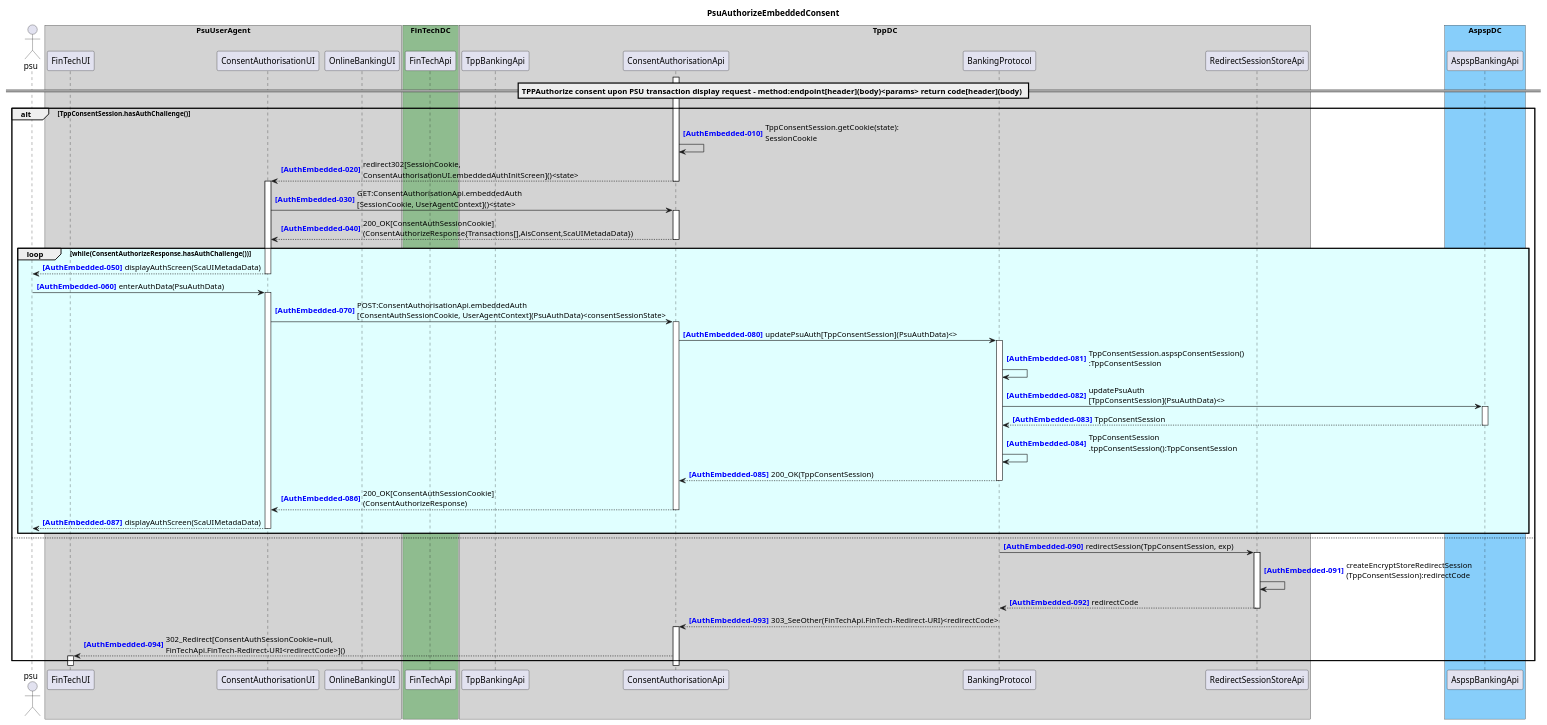
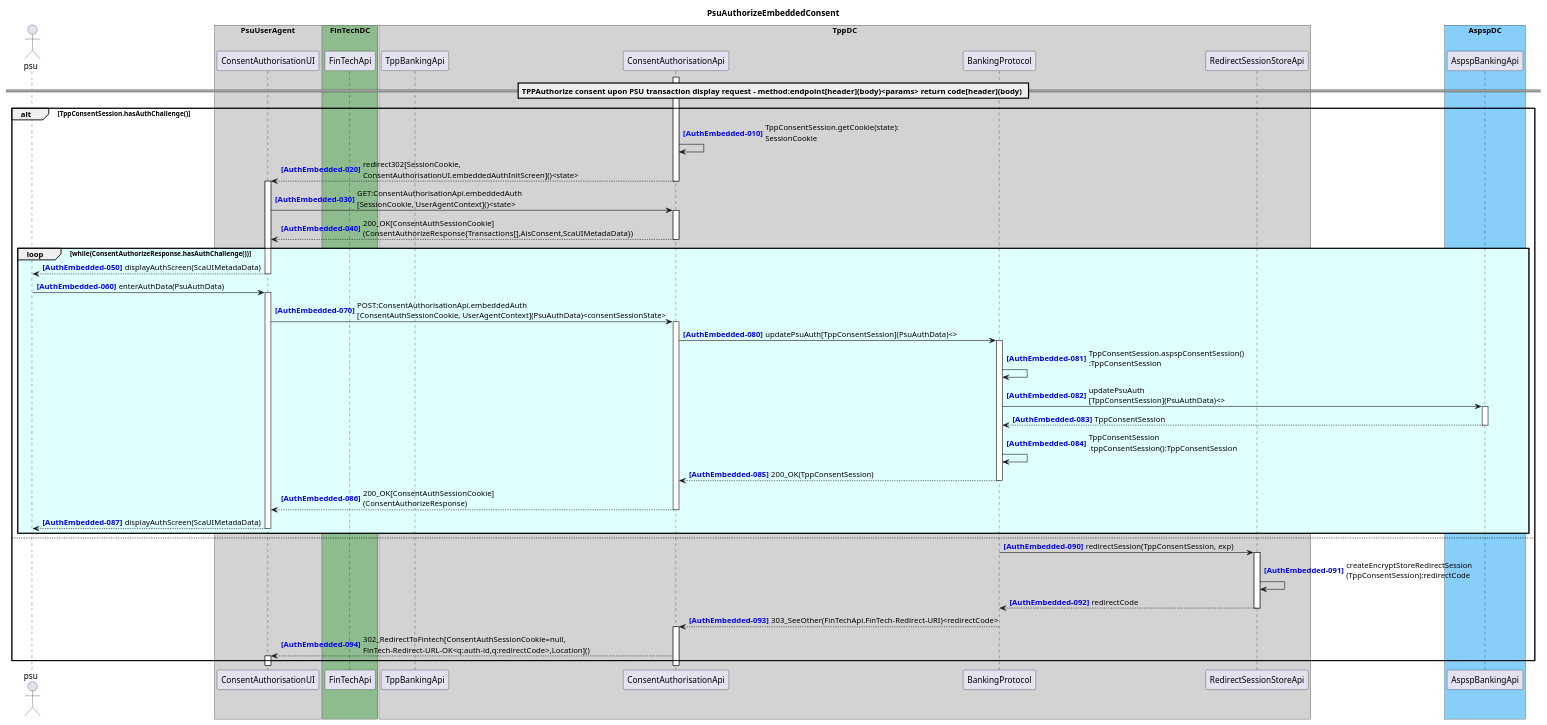
Before and after one commit to adorsys/open-banking-gateway: the diagram in docs/architecture/diagrams/useCases/5a-psuAuthEmbeddedConsent.puml, drawn with PlantUML. The commit also changed 11 other files, not shown here.

```diff
--- a/docs/architecture/diagrams/useCases/5a-psuAuthEmbeddedConsent.puml
+++ b/docs/architecture/diagrams/useCases/5a-psuAuthEmbeddedConsent.puml
@@ -1,59 +1,59 @@
 @startuml
 title PsuAuthorizeEmbeddedConsent
 autonumber 10 10 "<b><color blue>[AuthEmbedded-000]</color></b>"
 actor psu
 
 box "PsuUserAgent" #LightGray
-    participant "FinTechUI" as FinTechUI
+    'participant "FinTechUI" as FinTechUI
     participant "ConsentAuthorisationUI" as ConsentAuthorisationUI
-    participant "OnlineBankingUI" as OnlineBankingUI
+    'participant "OnlineBankingUI" as OnlineBankingUI
 end box
 box "FinTechDC" #DarkSeaGreen
     participant "FinTechApi" as FinTechApi
 end box
 box "TppDC" #LightGray
     participant "TppBankingApi" as TppBankingApi
     'participant "TppBankSearchApi" as TppBankSearchApi
     participant "ConsentAuthorisationApi" as ConsentAuthorisationApi
 
     participant "BankingProtocol" as BankingProtocol
     participant "RedirectSessionStoreApi" as RedirectSessionStoreApi
 end box
 box "AspspDC" #LightSkyBlue
 	participant "AspspBankingApi" as AspspBankingApi
     'participant "OnlineBankingApi" as OnlineBankingApi
 end box
 == TPPAuthorize consent upon PSU transaction display request - method:endpoint[header](body)<params> return code[header](body) ==
 activate ConsentAuthorisationApi
 alt TppConsentSession.hasAuthChallenge()
 ConsentAuthorisationApi -> ConsentAuthorisationApi : TppConsentSession.getCookie(state):\nSessionCookie
 ConsentAuthorisationApi --> ConsentAuthorisationUI : redirect302[SessionCookie,\nConsentAuthorisationUI.embeddedAuthInitScreen]()<state>
 deactivate ConsentAuthorisationApi
 activate ConsentAuthorisationUI
 ConsentAuthorisationUI -> ConsentAuthorisationApi ++ : GET:ConsentAuthorisationApi.embeddedAuth\n[SessionCookie, UserAgentContext]()<state>
 return 200_OK[ConsentAuthSessionCookie]\n(ConsentAuthorizeResponse{Transactions[],AisConsent,ScaUIMetadaData})
 loop #LightCyan while(ConsentAuthorizeResponse.hasAuthChallenge())
     ConsentAuthorisationUI --> psu : displayAuthScreen(ScaUIMetadaData)
     deactivate ConsentAuthorisationUI
     psu -> ConsentAuthorisationUI ++ : enterAuthData(PsuAuthData)
     ConsentAuthorisationUI -> ConsentAuthorisationApi ++ : POST:ConsentAuthorisationApi.embeddedAuth\n[ConsentAuthSessionCookie, UserAgentContext](PsuAuthData)<consentSessionState>
     autonumber 80 1 "<b><color blue>[AuthEmbedded-000]</color></b>"
     ConsentAuthorisationApi -> BankingProtocol ++ : updatePsuAuth[TppConsentSession](PsuAuthData)<>
     BankingProtocol -> BankingProtocol : TppConsentSession.aspspConsentSession()\n:TppConsentSession
     BankingProtocol -> AspspBankingApi ++ : updatePsuAuth\n[TppConsentSession](PsuAuthData)<>
     return TppConsentSession
     BankingProtocol -> BankingProtocol : TppConsentSession\n.tppConsentSession():TppConsentSession
     return 200_OK(TppConsentSession)
     return 200_OK[ConsentAuthSessionCookie]\n(ConsentAuthorizeResponse)
     return displayAuthScreen(ScaUIMetadaData)
 end
 else
 autonumber 90 1 "<b><color blue>[AuthEmbedded-000]</color></b>"
 activate BankingProtocol
 BankingProtocol -> RedirectSessionStoreApi ++ : redirectSession(TppConsentSession, exp)
 RedirectSessionStoreApi -> RedirectSessionStoreApi : createEncryptStoreRedirectSession\n(TppConsentSession):redirectCode
 return redirectCode
 BankingProtocol --> ConsentAuthorisationApi ++ : 303_SeeOther(FinTechApi.FinTech-Redirect-URI)<redirectCode>
-ConsentAuthorisationApi --> FinTechUI ++ : 302_Redirect[ConsentAuthSessionCookie=null,\nFinTechApi.FinTech-Redirect-URI<redirectCode>]()
+ConsentAuthorisationApi --> ConsentAuthorisationUI ++ : 302_RedirectToFintech[ConsentAuthSessionCookie=null,\nFinTech-Redirect-URL-OK<q:auth-id,q:redirectCode>,Location]()
 end
 @enduml
```
